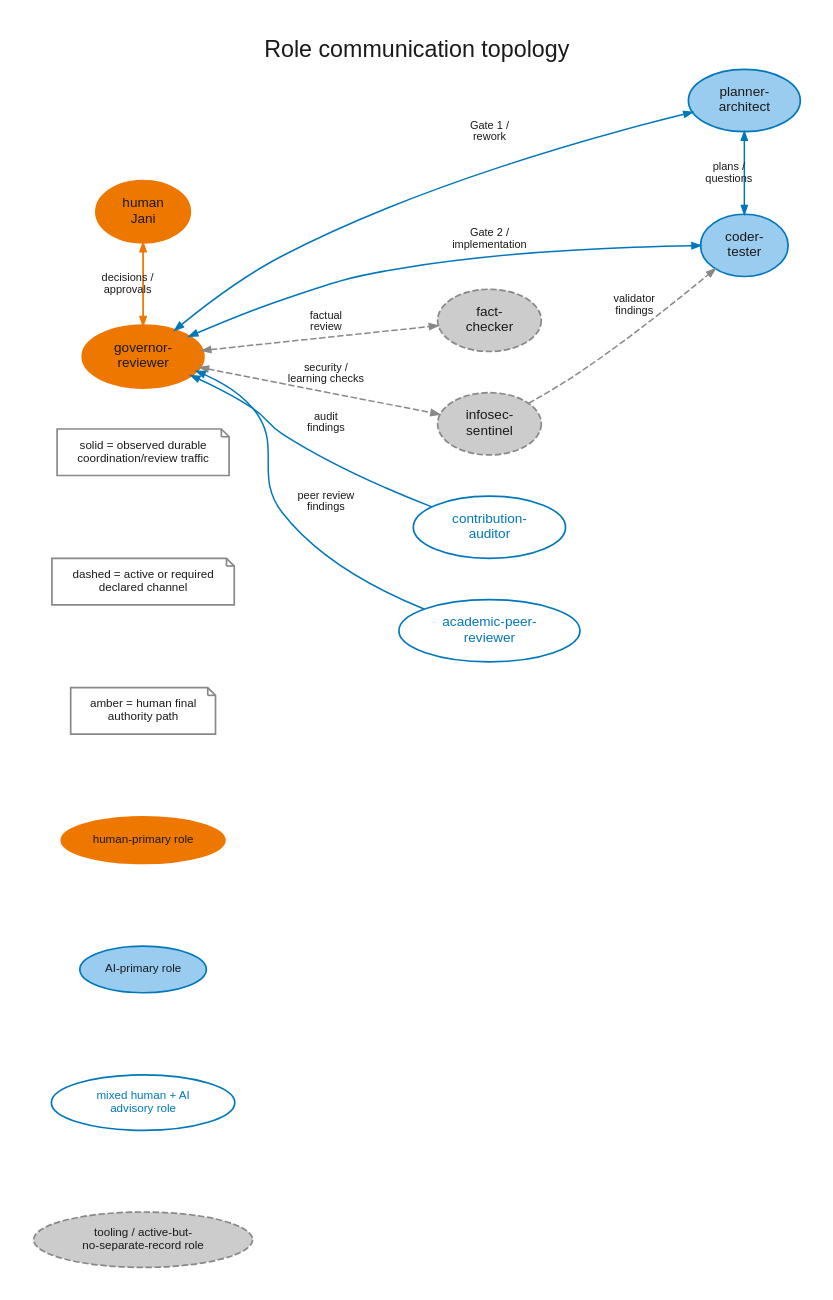
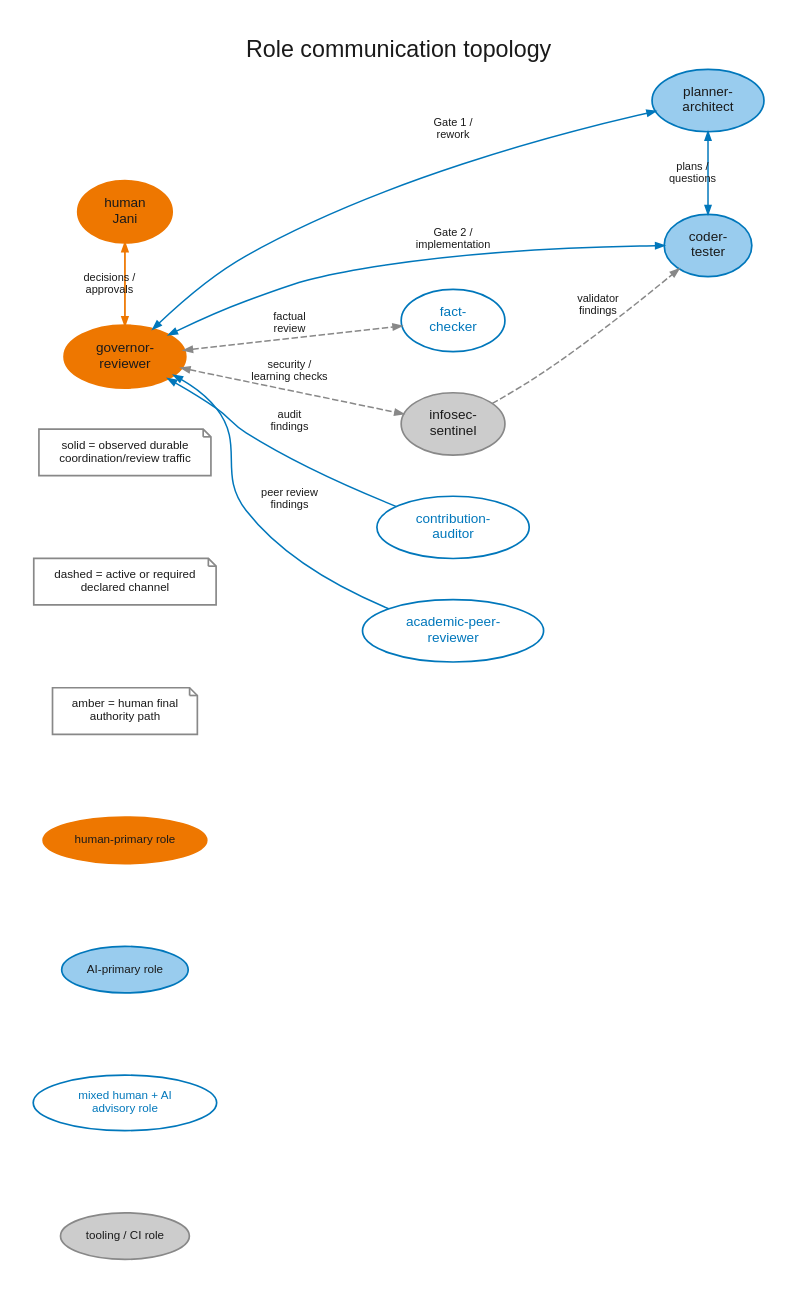
One commit to janipaijanen/agf-mirror changed the diagram in docs/academic/figures/src/role-communication-topology.dot. Above: the diagram before and after it, drawn with Graphviz. The commit also changed 9 other files, not shown here.

First line of the commit message:
fix: correct actor-class conflations flagged in MR 417 Gate 2 BLOCK (r1gq)

```diff
--- a/docs/academic/figures/src/role-communication-topology.dot
+++ b/docs/academic/figures/src/role-communication-topology.dot
@@ -1,123 +1,134 @@
 // SPDX-License-Identifier: CC-BY-SA-4.0
 // agents-govern: academic paper -- role communication topology
 // Generate: dot -Tsvg role-communication-topology.dot -o ../role-communication-topology.svg
 //           dot -Tpdf role-communication-topology.dot -o ../role-communication-topology.pdf
 //
 // Semantic responsibility palette: agf/docs/site/reference/palette.md
 // ("Semantic responsibility palette" section). This figure uses the
 // role-category colour axis established in coordination-channel.dot
 // (Class 1) and agent-participation-by-phase.dot (this class): role
 // nodes are ellipses coloured by role category (human-primary,
 // AI-primary, mixed advisory, tooling/dashed), not by the five-category
 // event/action shapes -- there are no phase/event nodes in this figure,
 // only role nodes and communication edges, so only the role-key legend
 // applies here. Edge line style (solid/dashed) is a separate,
 // pre-existing and accurate axis documented by `legend_solid`/
 // `legend_dash`. Previously this figure had a legend for edge style and
 // the human-authority accent colour only; the general node fill-colour
 // meaning was undocumented and used an unrelated slate/teal/rust/gold
 // palette -- both defects this revision fixes. The former "gold" accent
 // is now `amber` (`#EE7700`), the palette's Human decision token,
 // matching the caption wording update in the paper.
 //
 // The role-key swatches (rk_*) live in the same legend column as the
 // pre-existing edge-style notes (legend_solid/legend_dash/legend_human),
 // chained by the same `rank=same` + sequential invisible-edge technique
 // those notes already used -- not a separate `cluster_rolekey` subgraph.
 // An earlier draft wrapped the swatches in their own cluster with an
 // internal invisible-edge chain plus a cross-cluster invisible edge into
 // the diagram; in this LR-flow figure that created a second, competing
 // rank system and visibly broke the layout (legend notes scattered with
 // large gaps, confirmed via `dot -Tpng` visual inspection per
 // visible-artifact-verification-rule). Reusing the one proven column
 // avoids that failure mode.
+//
+// Gate 2 review 20260722T223540Z-contribution-auditor-r1gq (BLOCK 1)
+// found the role-category fill combined "tooling" with "active-but-
+// no-separate-record" evidence status into one category. fact-checker
+// is a mixed human+AI advisory role (same category as contribution-
+// auditor / academic-peer-reviewer) that happens to lack a distinct
+// authored record -- an evidence-status fact the edge style already
+// carries, not a different actor type. Only infosec-sentinel is
+// genuinely a tooling/CI role. Fixed: fact moved to the mixed-role
+// treatment; the grey role key renamed to describe actor type only
+// ("tooling / CI role"), with its dashed node border removed (dashed
+// is edge-only now, not doubled onto node fill).
 digraph role_communication_topology {
   graph [
     rankdir=LR,
     bgcolor=white,
     pad=0.25,
     nodesep=0.45,
     ranksep=0.62,
     splines=true,
     fontname="Helvetica",
     label="Role communication topology",
     labelloc=t,
     fontsize=18,
     fontcolor="#1A1A1A"
   ];
 
   node [
     fontname="Helvetica",
     fontsize=10.5,
     style=filled,
     shape=ellipse,
     fillcolor="#99CCEE",
     color="#0077BB",
     fontcolor="#1A1A1A",
     penwidth=1.3,
     margin="0.10,0.07"
   ];
 
   edge [
     fontname="Helvetica",
     fontsize=8.5,
     color="#0077BB",
     fontcolor="#1A1A1A",
     arrowsize=0.65,
     penwidth=1.15
   ];
 
   rk_human   [label="human-primary role", fillcolor="#EE7700",
               color="#EE7700", fontcolor="#1A1A1A", fontsize=9]
   rk_ai      [label="AI-primary role", fillcolor="#99CCEE",
               color="#0077BB", fontcolor="#1A1A1A", fontsize=9]
   rk_mixed   [label="mixed human + AI\nadvisory role", fillcolor=white,
               color="#0077BB", fontcolor="#0077BB", fontsize=9]
-  rk_tooling [label="tooling / active-but-\nno-separate-record role",
-              style="filled,dashed", fillcolor="#CCCCCC", color="#888888",
-              fontcolor="#1A1A1A", fontsize=9]
+  rk_tooling [label="tooling / CI role", fillcolor="#CCCCCC",
+              color="#888888", fontcolor="#1A1A1A", fontsize=9]
 
   human    [label="human\nJani", fillcolor="#EE7700", color="#EE7700",
             fontcolor="#1A1A1A"];
   governor [label="governor-\nreviewer", fillcolor="#EE7700", color="#EE7700",
             fontcolor="#1A1A1A", penwidth=1.8];
   planner  [label="planner-\narchitect", fillcolor="#99CCEE", color="#0077BB",
             fontcolor="#1A1A1A"];
   coder    [label="coder-\ntester", fillcolor="#99CCEE", color="#0077BB",
             fontcolor="#1A1A1A"];
   auditor  [label="contribution-\nauditor", fillcolor=white, color="#0077BB",
             fontcolor="#0077BB"];
   academic [label="academic-peer-\nreviewer", fillcolor=white, color="#0077BB",
             fontcolor="#0077BB"];
-  fact     [label="fact-\nchecker", style="filled,dashed", fillcolor="#CCCCCC",
-            color="#888888", fontcolor="#1A1A1A"];
-  infosec  [label="infosec-\nsentinel", style="filled,dashed", fillcolor="#CCCCCC",
+  fact     [label="fact-\nchecker", fillcolor=white, color="#0077BB",
+            fontcolor="#0077BB"];
+  infosec  [label="infosec-\nsentinel", fillcolor="#CCCCCC",
             color="#888888", fontcolor="#1A1A1A"];
 
   human -> governor [label="decisions /\napprovals", dir=both,
                      color="#EE7700", fontcolor="#1A1A1A", penwidth=1.35];
 
   governor -> planner [label="Gate 1 /\nrework", dir=both];
   governor -> coder [label="Gate 2 /\nimplementation", dir=both];
   planner -> coder [label="plans /\nquestions", dir=both];
 
   auditor -> governor [label="audit\nfindings"];
   academic -> governor [label="peer review\nfindings"];
 
   governor -> fact [label="factual\nreview", dir=both, style=dashed, color="#888888"];
   governor -> infosec [label="security /\nlearning checks", dir=both, style=dashed, color="#888888"];
   infosec -> coder [label="validator\nfindings", style=dashed, color="#888888"];
 
   legend_solid [label="solid = observed durable\ncoordination/review traffic", shape=note, fillcolor="white", color="#888888", fontcolor="#1A1A1A", fontsize=9];
   legend_dash [label="dashed = active or required\ndeclared channel", shape=note, fillcolor="white", color="#888888", fontcolor="#1A1A1A", fontsize=9];
   legend_human [label="amber = human final\nauthority path", shape=note, fillcolor="white", color="#888888", fontcolor="#1A1A1A", fontsize=9];
 
   { rank=same; human; governor; }
   { rank=same; planner; coder; }
   { rank=same; auditor; academic; fact; infosec; }
   { rank=same; legend_solid; legend_dash; legend_human;
     rk_human; rk_ai; rk_mixed; rk_tooling; }
 
   legend_solid -> legend_dash -> legend_human
       -> rk_human -> rk_ai -> rk_mixed -> rk_tooling [style=invis];
 }
```
